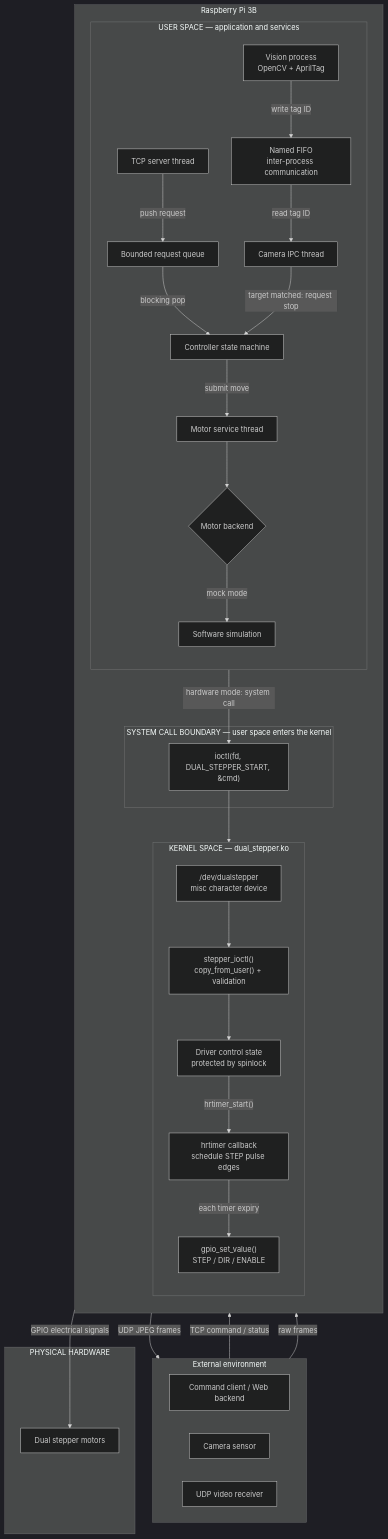
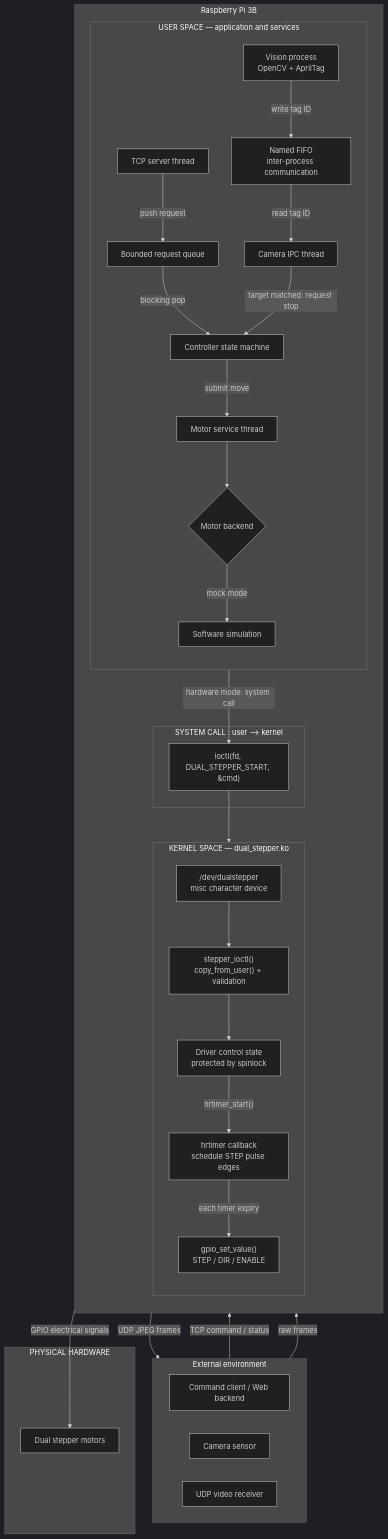
One commit to JeffKhons/embedded_systems_project changed the diagram in README.md. Above: the diagram before and after it, drawn with Mermaid (dark theme).

Commit message:
調版面

````diff
--- a/README.md
+++ b/README.md
@@ -27,67 +27,67 @@
 ```mermaid
 flowchart TB
     subgraph External["External environment"]
         direction LR
         Client["Command client / Web backend"]
         Camera["Camera sensor"]
         Video["UDP video receiver"]
     end
 
     subgraph RPi["Raspberry Pi 3B"]
         direction TB
 
         subgraph UserSpace["USER SPACE — application and services"]
             direction TB
             TCP["TCP server thread"]
             Queue["Bounded request queue"]
             Controller["Controller state machine"]
             Motor["Motor service thread"]
             Backend{"Motor backend"}
             Mock["Software simulation"]
 
             VisionApp["Vision process<br/>OpenCV + AprilTag"]
             FIFO["Named FIFO<br/>inter-process communication"]
             CameraIPC["Camera IPC thread"]
 
             TCP -->|"push request"| Queue
             Queue -->|"blocking pop"| Controller
             Controller -->|"submit move"| Motor
             Motor --> Backend
             Backend -->|"mock mode"| Mock
 
             VisionApp -->|"write tag ID"| FIFO
             FIFO -->|"read tag ID"| CameraIPC
             CameraIPC -->|"target matched: request stop"| Controller
         end
 
-        subgraph SyscallBoundary["SYSTEM CALL BOUNDARY — user space enters the kernel"]
+        subgraph SyscallBoundary["SYSTEM CALL : user --> kernel"]
             IOCTL["ioctl(fd, DUAL_STEPPER_START, &cmd)"]
         end
 
         subgraph KernelSpace["KERNEL SPACE — dual_stepper.ko"]
             direction TB
             Device["/dev/dualstepper<br/>misc character device"]
             Handler["stepper_ioctl()<br/>copy_from_user() + validation"]
             State["Driver control state<br/>protected by spinlock"]
             Timer["hrtimer callback<br/>schedule STEP pulse edges"]
             GPIO["gpio_set_value()<br/>STEP / DIR / ENABLE"]
 
             Device --> Handler
             Handler --> State
             State -->|"hrtimer_start()"| Timer
             Timer -->|"each timer expiry"| GPIO
         end
 
         Backend -->|"hardware mode: system call"| IOCTL
         IOCTL --> Device
     end
 
     subgraph Hardware["PHYSICAL HARDWARE"]
         Motors["Dual stepper motors"]
     end
 
     Client -->|"TCP command / status"| TCP
     Camera -->|"raw frames"| VisionApp
     VisionApp -->|"UDP JPEG frames"| Video
     GPIO -->|"GPIO electrical signals"| Motors
 ```
````
